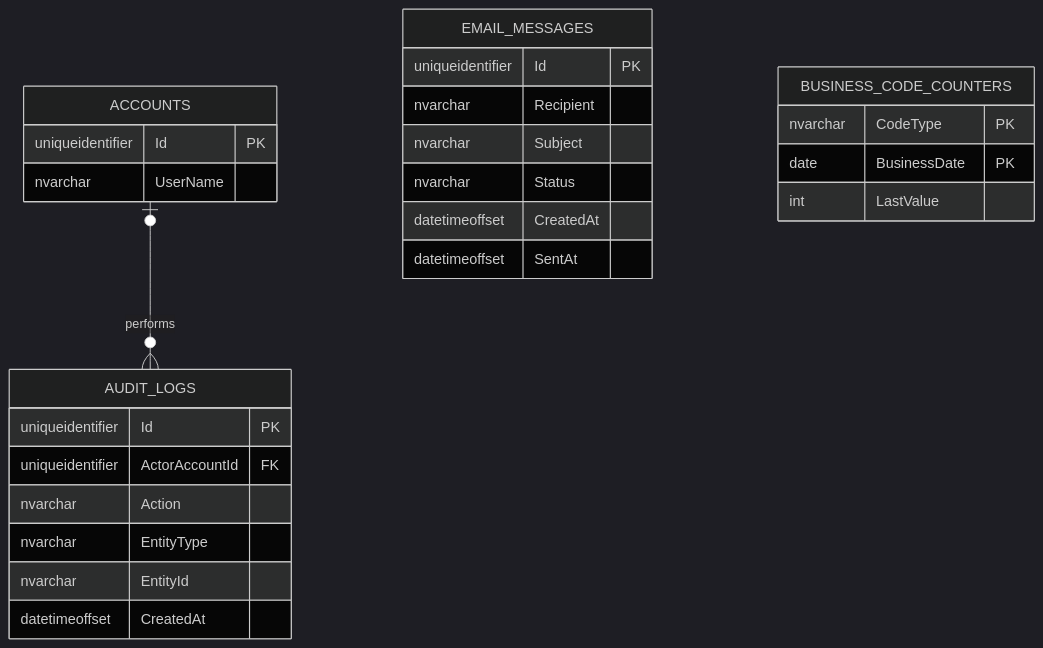
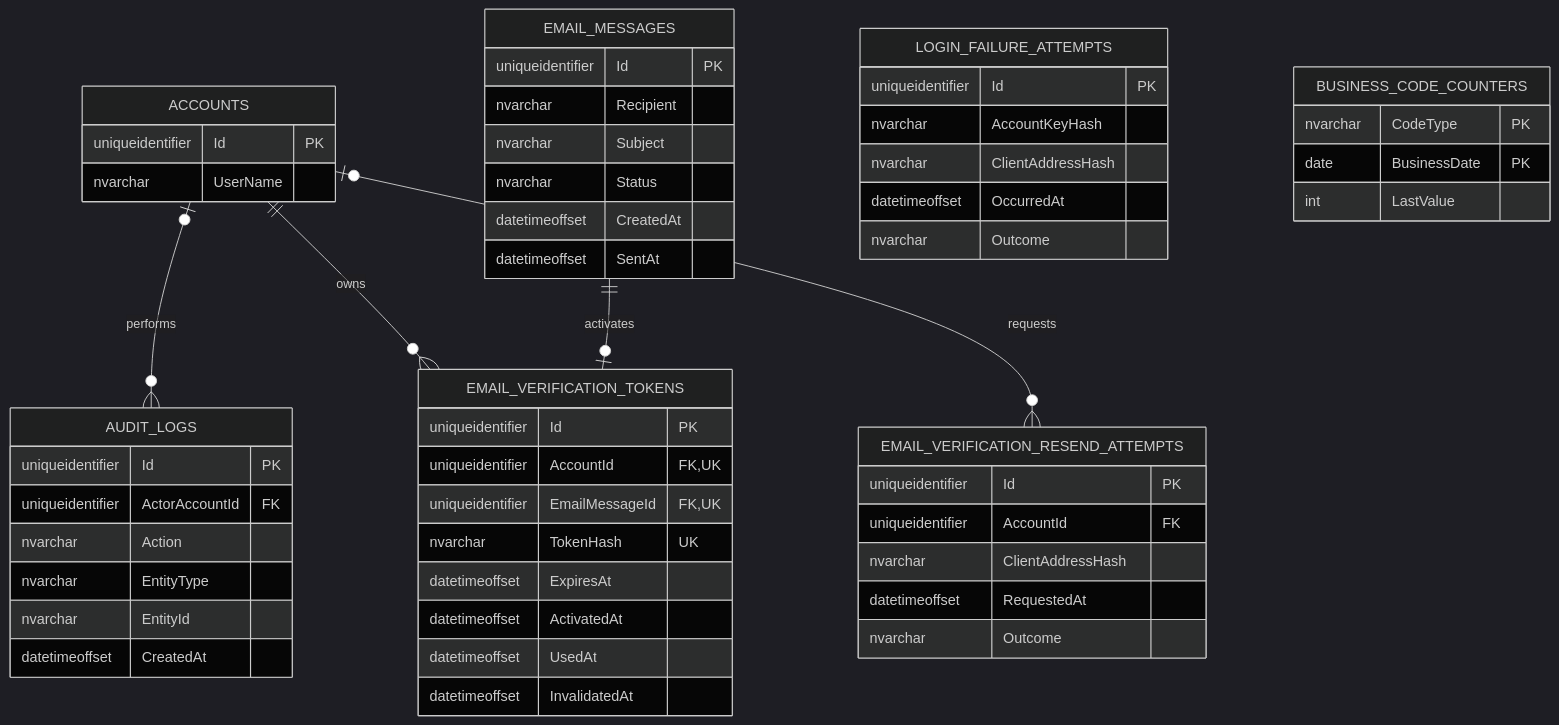
Before and after one commit to JJDing-Louis/ProjectManagementWeb_BackEnd: the third of 3 diagrams in docs/E-R_Diagram.md, drawn with Mermaid (dark theme). The commit also changed other lines of this file and 4 other files, not shown here.

````diff
--- a/docs/E-R_Diagram.md
+++ b/docs/E-R_Diagram.md
@@ -179,30 +180,57 @@
 ```mermaid
 erDiagram
     ACCOUNTS {
         uniqueidentifier Id PK
         nvarchar UserName
     }
     AUDIT_LOGS {
         uniqueidentifier Id PK
         uniqueidentifier ActorAccountId FK
         nvarchar Action
         nvarchar EntityType
         nvarchar EntityId
         datetimeoffset CreatedAt
     }
     EMAIL_MESSAGES {
         uniqueidentifier Id PK
         nvarchar Recipient
         nvarchar Subject
         nvarchar Status
         datetimeoffset CreatedAt
         datetimeoffset SentAt
     }
+    EMAIL_VERIFICATION_TOKENS {
+        uniqueidentifier Id PK
+        uniqueidentifier AccountId FK,UK
+        uniqueidentifier EmailMessageId FK,UK
+        nvarchar TokenHash UK
+        datetimeoffset ExpiresAt
+        datetimeoffset ActivatedAt
+        datetimeoffset UsedAt
+        datetimeoffset InvalidatedAt
+    }
+    EMAIL_VERIFICATION_RESEND_ATTEMPTS {
+        uniqueidentifier Id PK
+        uniqueidentifier AccountId FK
+        nvarchar ClientAddressHash
+        datetimeoffset RequestedAt
+        nvarchar Outcome
+    }
+    LOGIN_FAILURE_ATTEMPTS {
+        uniqueidentifier Id PK
+        nvarchar AccountKeyHash
+        nvarchar ClientAddressHash
+        datetimeoffset OccurredAt
+        nvarchar Outcome
+    }
     BUSINESS_CODE_COUNTERS {
         nvarchar CodeType PK
         date BusinessDate PK
         int LastValue
     }
 
     ACCOUNTS o|--o{ AUDIT_LOGS : performs
+    ACCOUNTS ||--o{ EMAIL_VERIFICATION_TOKENS : owns
+    EMAIL_MESSAGES ||--o| EMAIL_VERIFICATION_TOKENS : activates
+    ACCOUNTS o|--o{ EMAIL_VERIFICATION_RESEND_ATTEMPTS : requests
 ```
````
